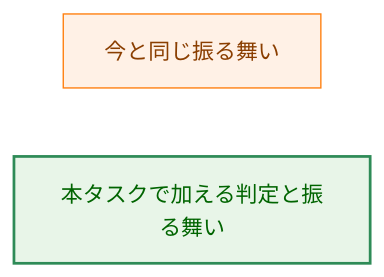
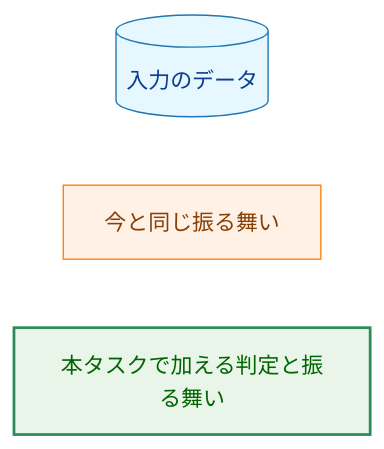
The ninth of 15 diagrams in docs/tasks/0044_article_job_api/02_architecture.md (isseis/yt2column), drawn with Mermaid before and after one commit. The commit also changed other lines of this file and 1 other file, not shown here.

````diff
--- a/docs/tasks/0044_article_job_api/02_architecture.md
+++ b/docs/tasks/0044_article_job_api/02_architecture.md
@@ -851,9 +934,12 @@
 ```mermaid
 flowchart LR
+    classDef data fill:#e6f7ff,stroke:#1f77b4,stroke-width:1px,color:#0b3d91;
     classDef process fill:#fff1e6,stroke:#ff7f0e,stroke-width:1px,color:#8a3e00;
     classDef enhanced fill:#e8f5e8,stroke:#2e8b57,stroke-width:2px,color:#006400;
+    L1[("入力のデータ")]
     L2["今と同じ振る舞い"]
     L3["本タスクで加える判定と振る舞い"]
+    class L1 data
     class L2 process
     class L3 enhanced
 ```
````
